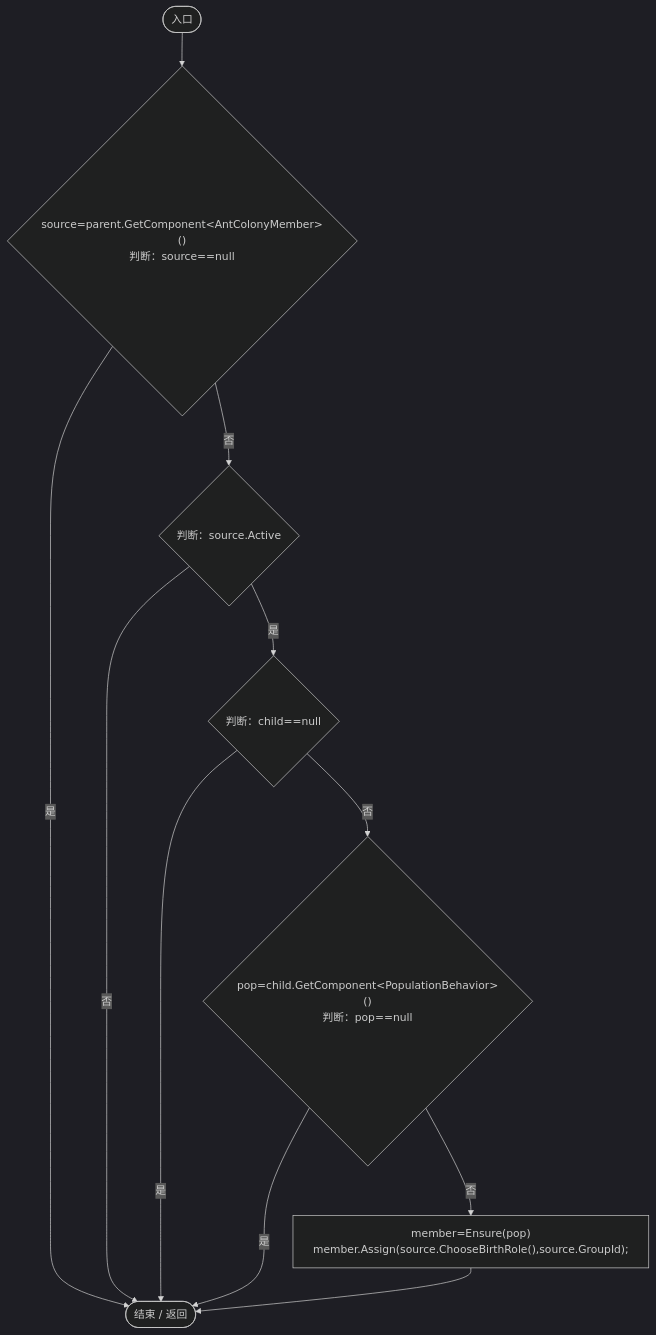
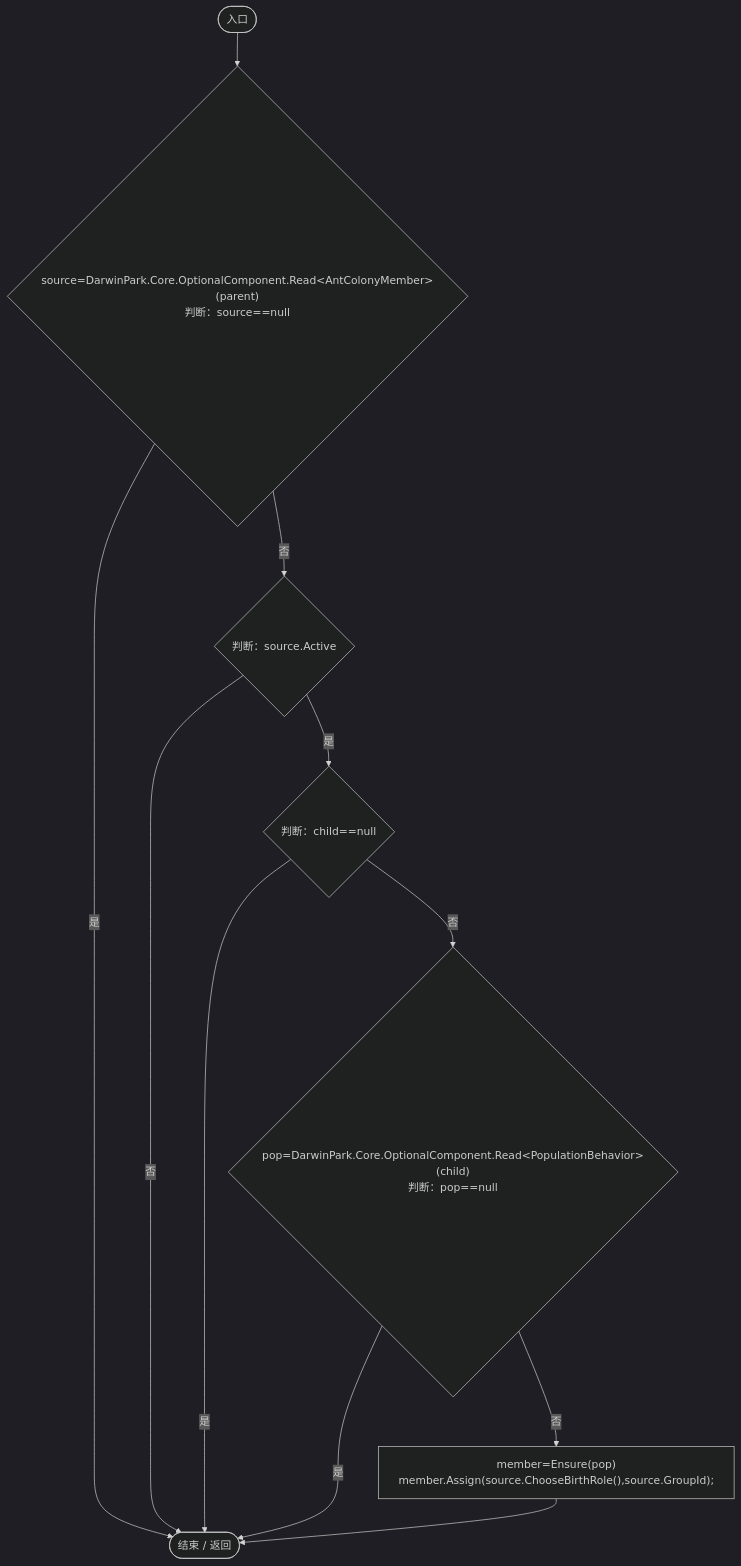
One commit to xhs6666/Darwin_paradise changed diagram 35 of 53 in Docs/运行流程图/脚本/baebd85c05598377.md. Above: the diagram before and after it, drawn with Mermaid (dark theme). The commit also changed other lines of this file and 297 other files, not shown here.

````diff
--- a/Docs/运行流程图/脚本/baebd85c05598377.md
+++ b/Docs/运行流程图/脚本/baebd85c05598377.md
@@ -888,21 +901,21 @@
 ```mermaid
 flowchart TD
   b0(["入口"])
-  b1{"source=parent.GetComponent&lt;AntColonyMember&gt;()<br/>判断：source==null"}
+  b1{"source=DarwinPark.Core.OptionalComponent.Read&lt;AntColonyMember&gt;(parent)<br/>判断：source==null"}
   b2{"判断：source.Active"}
   b3{"判断：child==null"}
-  b4{"pop=child.GetComponent&lt;PopulationBehavior&gt;()<br/>判断：pop==null"}
+  b4{"pop=DarwinPark.Core.OptionalComponent.Read&lt;PopulationBehavior&gt;(child)<br/>判断：pop==null"}
   b5["member=Ensure(pop)<br/>member.Assign(source.ChooseBirthRole(),source.GroupId);"]
   b6(["结束 / 返回"])
   b0 --> b1
   b1 -->|"否"| b2
   b1 -->|"是"| b6
   b2 -->|"是"| b3
   b2 -->|"否"| b6
   b3 -->|"是"| b6
   b3 -->|"否"| b4
   b4 -->|"是"| b6
   b4 -->|"否"| b5
   b5 --> b6
 
 ```
````
